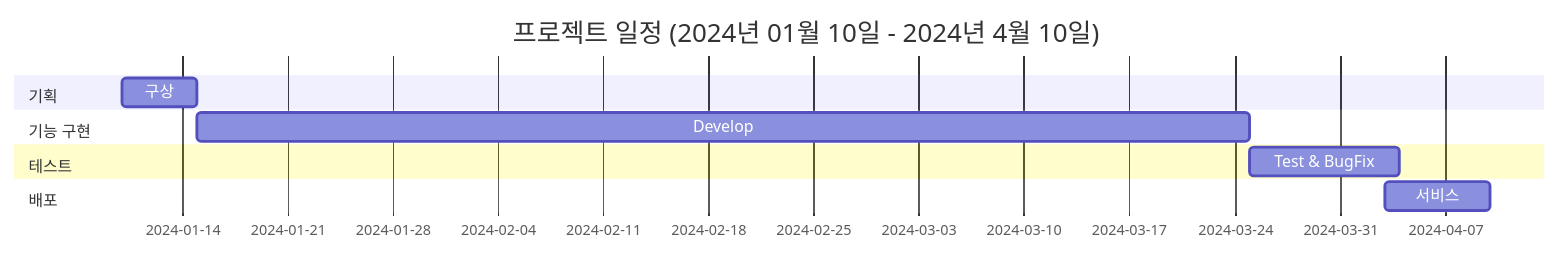
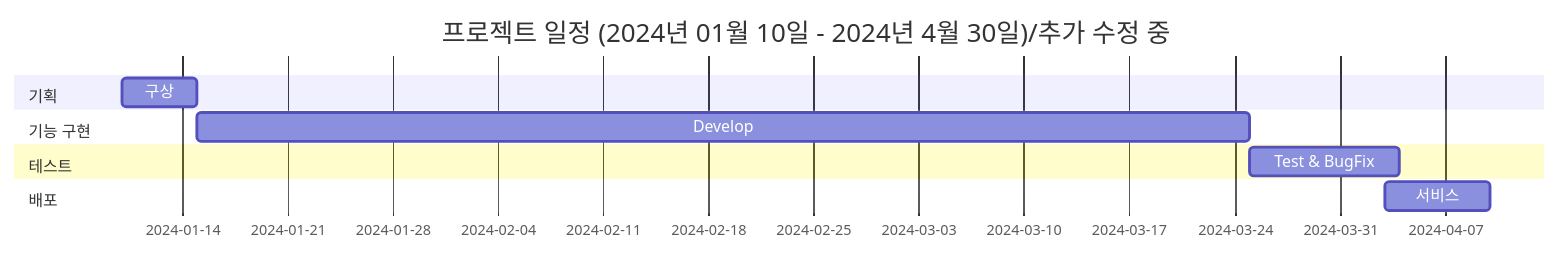
The diagram in README.md (sujins0311/Board), drawn with Mermaid before and after one commit. The commit also changed other lines of this file, not shown here.

````diff
--- a/README.md
+++ b/README.md
@@ -93,16 +93,16 @@
 ```mermaid
 gantt
-    title 프로젝트 일정 (2024년 01월 10일 - 2024년 4월 10일)
+    title 프로젝트 일정 (2024년 01월 10일 - 2024년 4월 30일)/추가 수정 중
     dateFormat YYYY-MM-DD
     section 기획
         구상: a1, 2024-01-10, 5d
 
     section 기능 구현
         Develop: a2, after a1, 70d
 
     section 테스트
         Test & BugFix: a3, after a2, 10d
 
     section 배포
         서비스: a4, 2024-04-03, 7d
 ```
````
